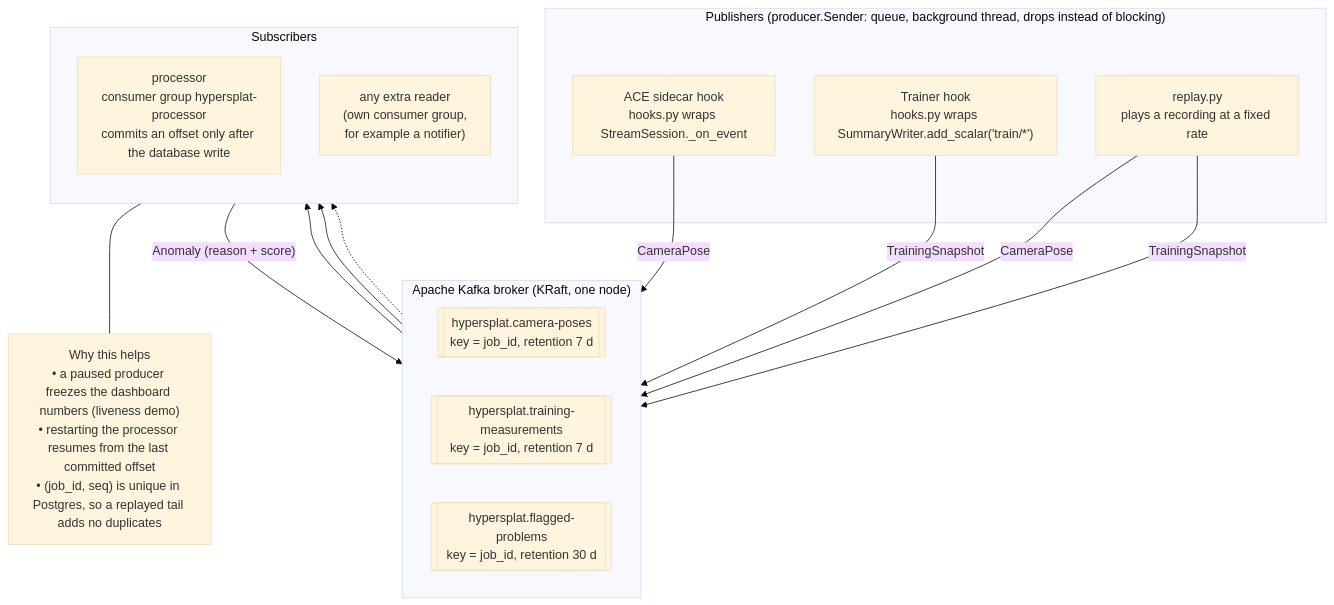
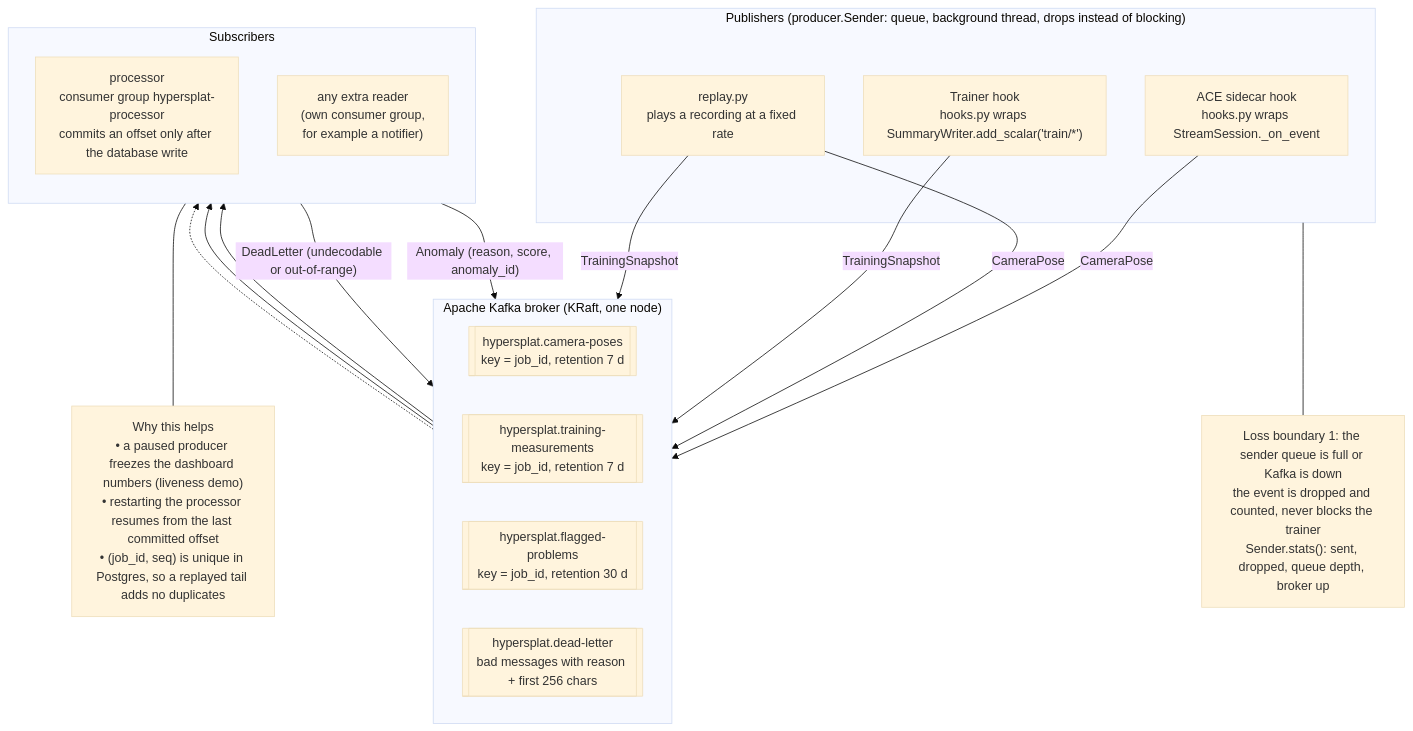
Before and after one commit to axls23/3D_world_genrator: the second of 6 diagrams in hypersplat/streaming/docs/architecture-diagram.md, drawn with Mermaid (base theme). The commit also changed other lines of this file, not shown here.

Commit message:
Streaming docs: failure-aware processor graph, exact delivery contract, topology and scaling, corrected Spark notes

````diff
--- a/hypersplat/streaming/docs/architecture-diagram.md
+++ b/hypersplat/streaming/docs/architecture-diagram.md
@@ -75,33 +75,37 @@
 ```mermaid
 flowchart TB
     subgraph PUB["Publishers (producer.Sender: queue, background thread, drops instead of blocking)"]
         P1["ACE sidecar hook<br/>hooks.py wraps StreamSession._on_event"]
         P2["Trainer hook<br/>hooks.py wraps SummaryWriter.add_scalar('train/*')"]
         P3["replay.py<br/>plays a recording at a fixed rate"]
     end
+    LOSS["Loss boundary 1: the sender queue is full or Kafka is down<br/>the event is dropped and counted, never blocks the trainer<br/>Sender.stats(): sent, dropped, queue depth, broker up"]
+    PUB --- LOSS
 
     subgraph K["Apache Kafka broker (KRaft, one node)"]
         direction LR
         A[["hypersplat.camera-poses<br/>key = job_id, retention 7 d"]]
         B[["hypersplat.training-measurements<br/>key = job_id, retention 7 d"]]
         C[["hypersplat.flagged-problems<br/>key = job_id, retention 30 d"]]
+        D[["hypersplat.dead-letter<br/>bad messages with reason + first 256 chars"]]
     end
 
     subgraph SUB["Subscribers"]
         direction TB
         S1["processor<br/>consumer group hypersplat-processor<br/>commits an offset only after the database write"]
         S2["any extra reader<br/>(own consumer group,<br/>for example a notifier)"]
     end
 
     P1 -- "CameraPose" --> A
     P3 -- "CameraPose" --> A
     P2 -- "TrainingSnapshot" --> B
     P3 -- "TrainingSnapshot" --> B
     A --> S1
     B --> S1
-    S1 -- "Anomaly (reason + score)" --> C
+    S1 -- "Anomaly (reason, score, anomaly_id)" --> C
+    S1 -- "DeadLetter (undecodable or out-of-range)" --> D
     C -.-> S2
 
     N1["Why this helps<br/>• a paused producer freezes the dashboard numbers (liveness demo)<br/>• restarting the processor resumes from the last committed offset<br/>• (job_id, seq) is unique in Postgres, so a replayed tail adds no duplicates"]
     S1 --- N1
 ```
````
